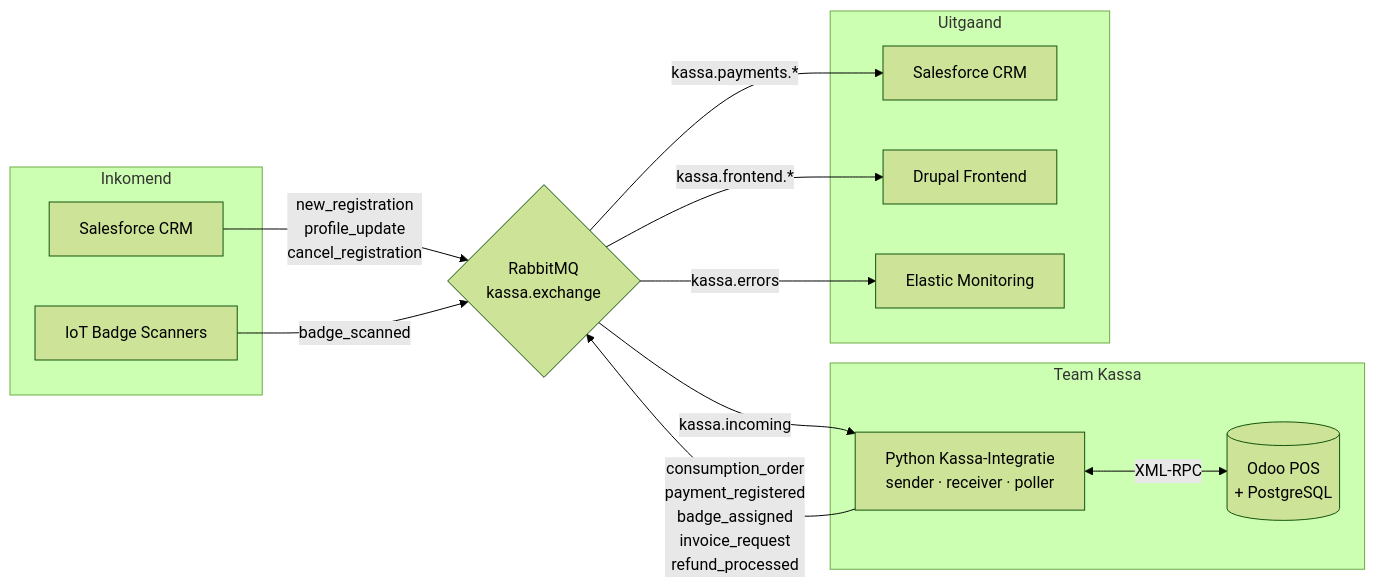
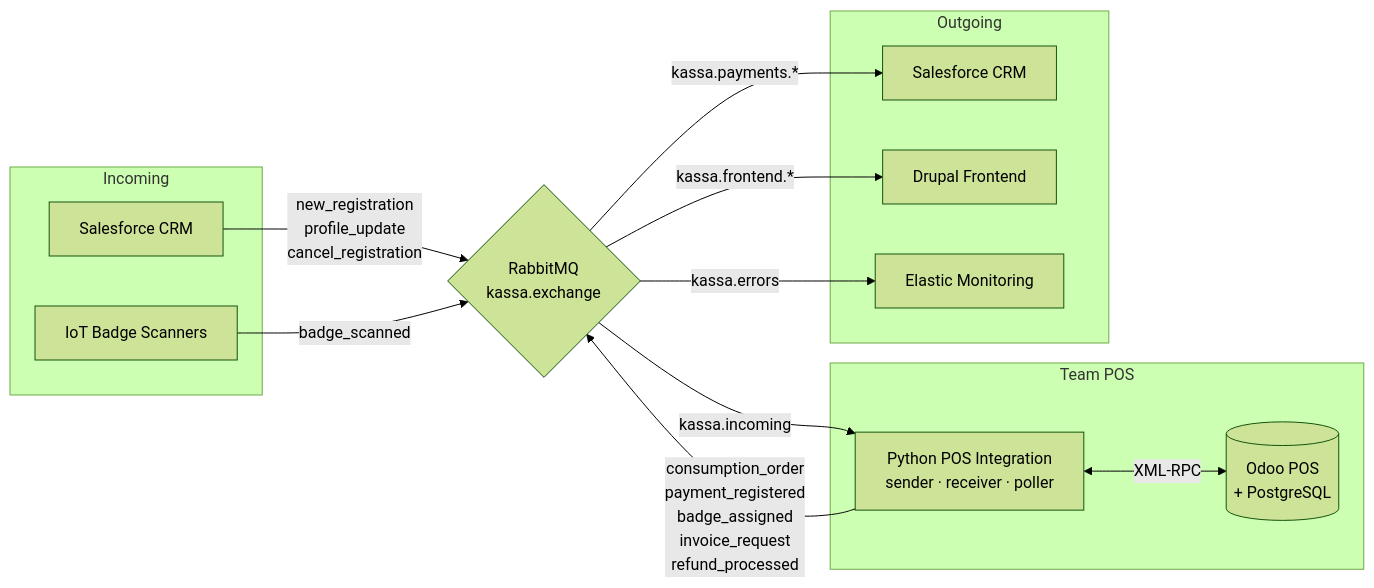
The diagram in README.md (IntegrationProject-Groep1/Kassa), drawn with Mermaid (forest theme) before and after one commit. The commit also changed other lines of this file, not shown here.

````diff
--- a/README.md
+++ b/README.md
@@ -30,29 +30,29 @@
 ```mermaid
 flowchart LR
-    subgraph Inkomend
+    subgraph Incoming
         CRM[Salesforce CRM]
         IoT[IoT Badge Scanners]
     end
 
     RMQ{RabbitMQ\nkassa.exchange}
 
-    subgraph Team Kassa
-        PY[Python Kassa-Integratie\nsender · receiver · poller]
+    subgraph Team POS
+        PY[Python POS Integration\nsender · receiver · poller]
         ODOO[(Odoo POS\n+ PostgreSQL)]
     end
 
-    subgraph Uitgaand
+    subgraph Outgoing
         CRM2[Salesforce CRM]
         DRUPAL[Drupal Frontend]
         ELASTIC[Elastic Monitoring]
     end
 
     CRM -- "new_registration\nprofile_update\ncancel_registration" --> RMQ
     IoT -- "badge_scanned" --> RMQ
     RMQ -- "kassa.incoming" --> PY
     PY <-->|XML-RPC| ODOO
     PY -- "consumption_order\npayment_registered\nbadge_assigned\ninvoice_request\nrefund_processed" --> RMQ
     RMQ -- "kassa.payments.*" --> CRM2
     RMQ -- "kassa.frontend.*" --> DRUPAL
     RMQ -- "kassa.errors" --> ELASTIC
 ```
````
